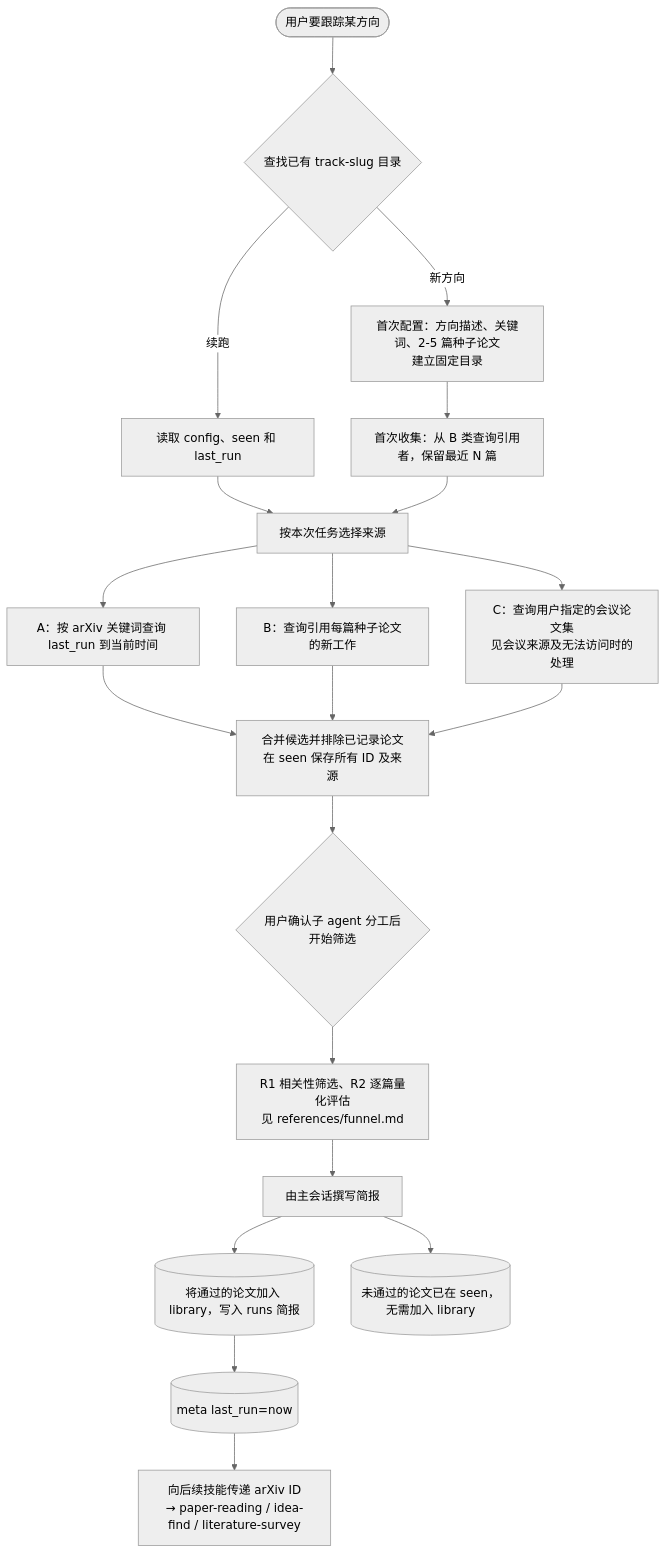
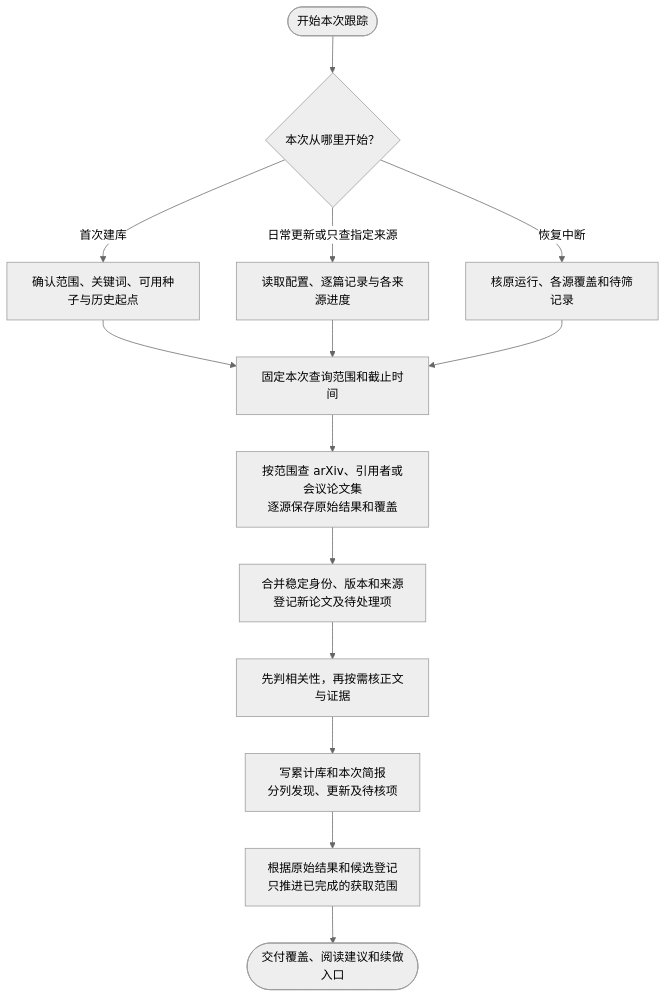
One commit to jackwang0108/dl-assistant changed the second of 2 diagrams in plugins/dl-assistant/skills/direction-tracking/SKILL.md. Above: the diagram before and after it, drawn with Mermaid (neutral theme). The commit also changed other lines of this file and 7 other files, not shown here.

````diff
--- a/plugins/dl-assistant/skills/direction-tracking/SKILL.md
+++ b/plugins/dl-assistant/skills/direction-tracking/SKILL.md
@@ -87,22 +49,16 @@
 ```mermaid
 flowchart TD
-    START(["用户要跟踪某方向"]) --> ROUTE{"查找已有 track-slug 目录"}
-    ROUTE -->|新方向| SETUP["首次配置：方向描述、关键词、2-5 篇种子论文<br/>建立固定目录"]
-    ROUTE -->|续跑| LOAD["读取 config、seen 和 last_run"]
-    SETUP --> BOOT["首次收集：从 B 类查询引用者，保留最近 N 篇"]
-    LOAD --> GATHER
-    BOOT --> GATHER
-    GATHER["按本次任务选择来源"] --> A["A：按 arXiv 关键词查询 last_run 到当前时间"]
-    GATHER --> B["B：查询引用每篇种子论文的新工作"]
-    GATHER --> C["C：查询用户指定的会议论文集<br/>见会议来源及无法访问时的处理"]
-    A --> DEDUP["合并候选并排除已记录论文<br/>在 seen 保存所有 ID 及来源"]
-    B --> DEDUP
-    C --> DEDUP
-    DEDUP --> GATE{"用户确认子 agent 分工后<br/>开始筛选"}
-    GATE --> R1R2["R1 相关性筛选、R2 逐篇量化评估<br/>见 references/funnel.md"]
-    R1R2 --> SYN["由主会话撰写简报"]
-    SYN --> ACC[("将通过的论文加入 library，写入 runs 简报")]
-    SYN --> REJ[("未通过的论文已在 seen，无需加入 library")]
-    ACC --> META[("meta last_run=now")]
-    META --> HAND["向后续技能传递 arXiv ID<br/>→ paper-reading / idea-find / literature-survey"]
+    S(["开始本次跟踪"]) --> E{"本次从哪里开始？"}
+    E -->|"首次建库"| I["确认范围、关键词、可用种子与历史起点"]
+    E -->|"日常更新或只查指定来源"| U["读取配置、逐篇记录与各来源进度"]
+    E -->|"恢复中断"| R["核原运行、各源覆盖和待筛记录"]
+    I --> Q["固定本次查询范围和截止时间"]
+    U --> Q
+    R --> Q
+    Q --> F["按范围查 arXiv、引用者或会议论文集<br/>逐源保存原始结果和覆盖"]
+    F --> D["合并稳定身份、版本和来源<br/>登记新论文及待处理项"]
+    D --> P["先判相关性，再按需核正文与证据"]
+    P --> W["写累计库和本次简报<br/>分列发现、更新及待核项"]
+    W --> M["根据原始结果和候选登记<br/>只推进已完成的获取范围"]
+    M --> H(["交付覆盖、阅读建议和续做入口"])
 ```
````
